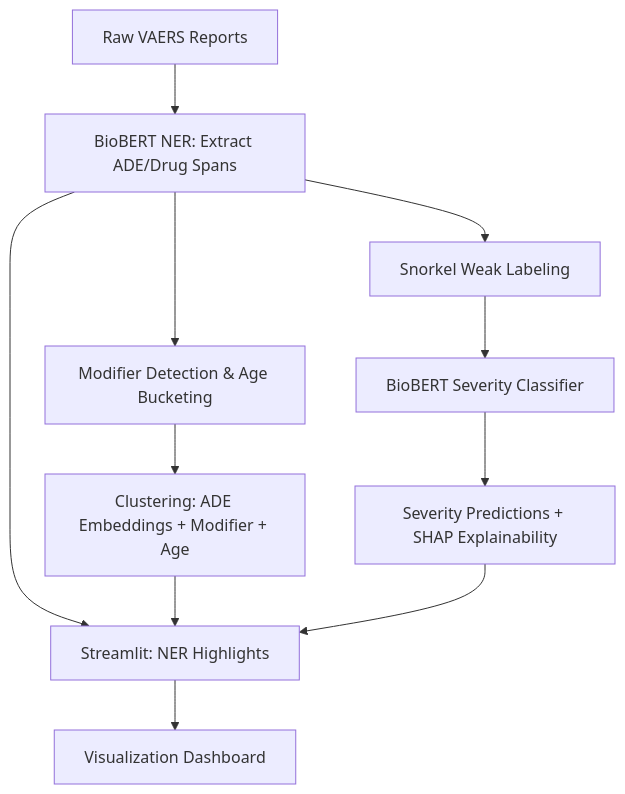
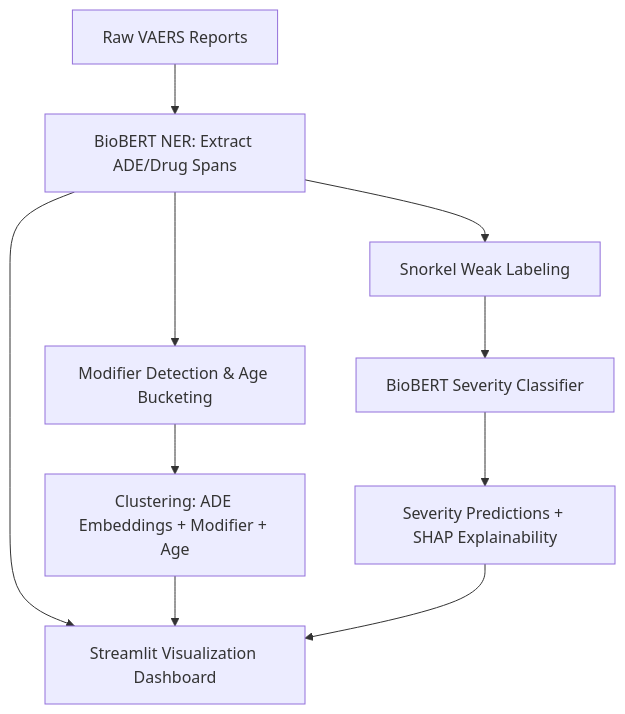
The second of 2 diagrams in README.md (Sugiuma/ADEGuard), drawn with Mermaid before and after one commit.

````diff
--- a/README.md
+++ b/README.md
@@ -105,20 +105,15 @@
 ```mermaid
 flowchart TD
-
 A[Raw VAERS Reports] --> B[BioBERT NER: Extract ADE/Drug Spans]
-
 %% Modifier & Age + Clustering
 B --> C[Modifier Detection & Age Bucketing]
 C --> D[Clustering: ADE Embeddings + Modifier + Age]
-
 %% Weak Labeling + Severity Classifier
 B --> E[Snorkel Weak Labeling]
 E --> F[BioBERT Severity Classifier]
 F --> G[Severity Predictions + SHAP Explainability]
-
 %% Streamlit UI
-B --> H[Streamlit: NER Highlights]
+B --> H[Streamlit Visualization Dashboard]
 D --> H
 G --> H
-H --> I[Visualization Dashboard]
 ```
````
